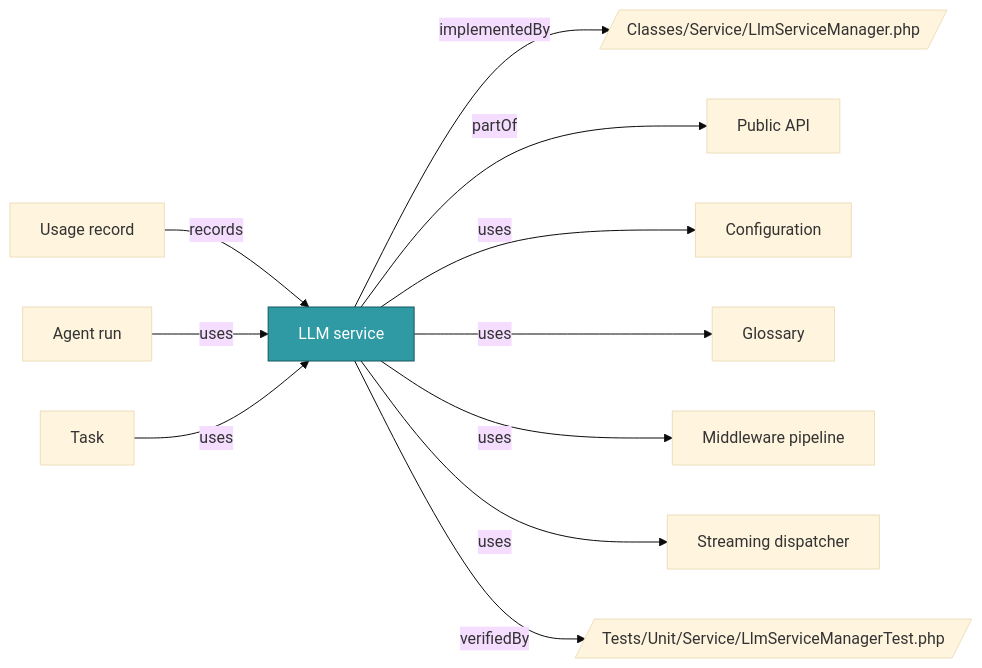
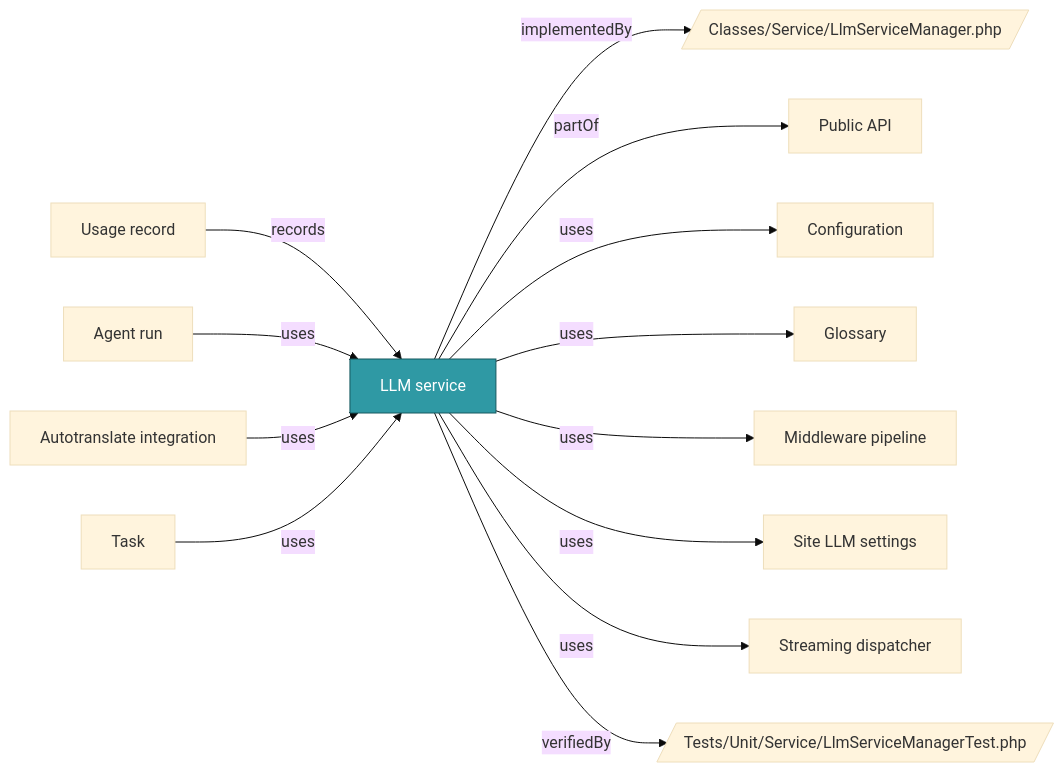
The diagram in docs/ontology/concepts/llm-service.md (netresearch/t3x-nr-llm), drawn with Mermaid (base theme) before and after one commit. The commit also changed other lines of this file and 25 other files, not shown here.

````diff
--- a/docs/ontology/concepts/llm-service.md
+++ b/docs/ontology/concepts/llm-service.md
@@ -19,26 +19,30 @@
 ```mermaid
 flowchart LR
   c["LLM service"]
   n1[/"Classes/Service/LlmServiceManager.php"/]
   n2["Public API"]
   n3["Configuration"]
   n4["Glossary"]
   n5["Middleware pipeline"]
-  n6["Streaming dispatcher"]
-  n7[/"Tests/Unit/Service/LlmServiceManagerTest.php"/]
-  n8["Usage record"]
-  n9["Agent run"]
-  n10["Task"]
+  n6["Site LLM settings"]
+  n7["Streaming dispatcher"]
+  n8[/"Tests/Unit/Service/LlmServiceManagerTest.php"/]
+  n9["Usage record"]
+  n10["Agent run"]
+  n11["Autotranslate integration"]
+  n12["Task"]
   c -->|"implementedBy"| n1
   c -->|"partOf"| n2
   c -->|"uses"| n3
   c -->|"uses"| n4
   c -->|"uses"| n5
   c -->|"uses"| n6
-  c -->|"verifiedBy"| n7
-  n8 -->|"records"| c
-  n9 -->|"uses"| c
+  c -->|"uses"| n7
+  c -->|"verifiedBy"| n8
+  n9 -->|"records"| c
   n10 -->|"uses"| c
+  n11 -->|"uses"| c
+  n12 -->|"uses"| c
   classDef focus fill:#2F99A4,stroke:#15585E,color:#ffffff
   class c focus
 ```
````
